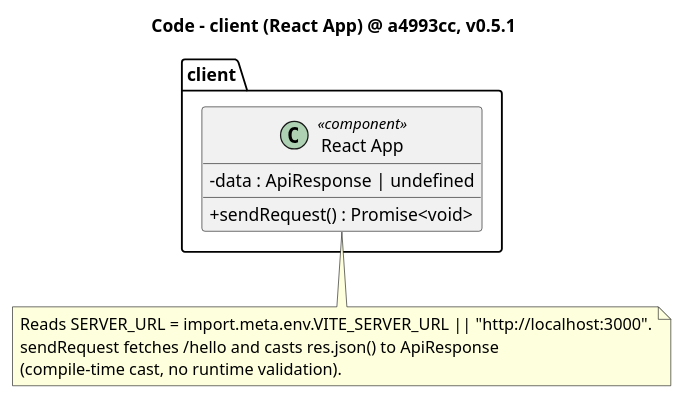
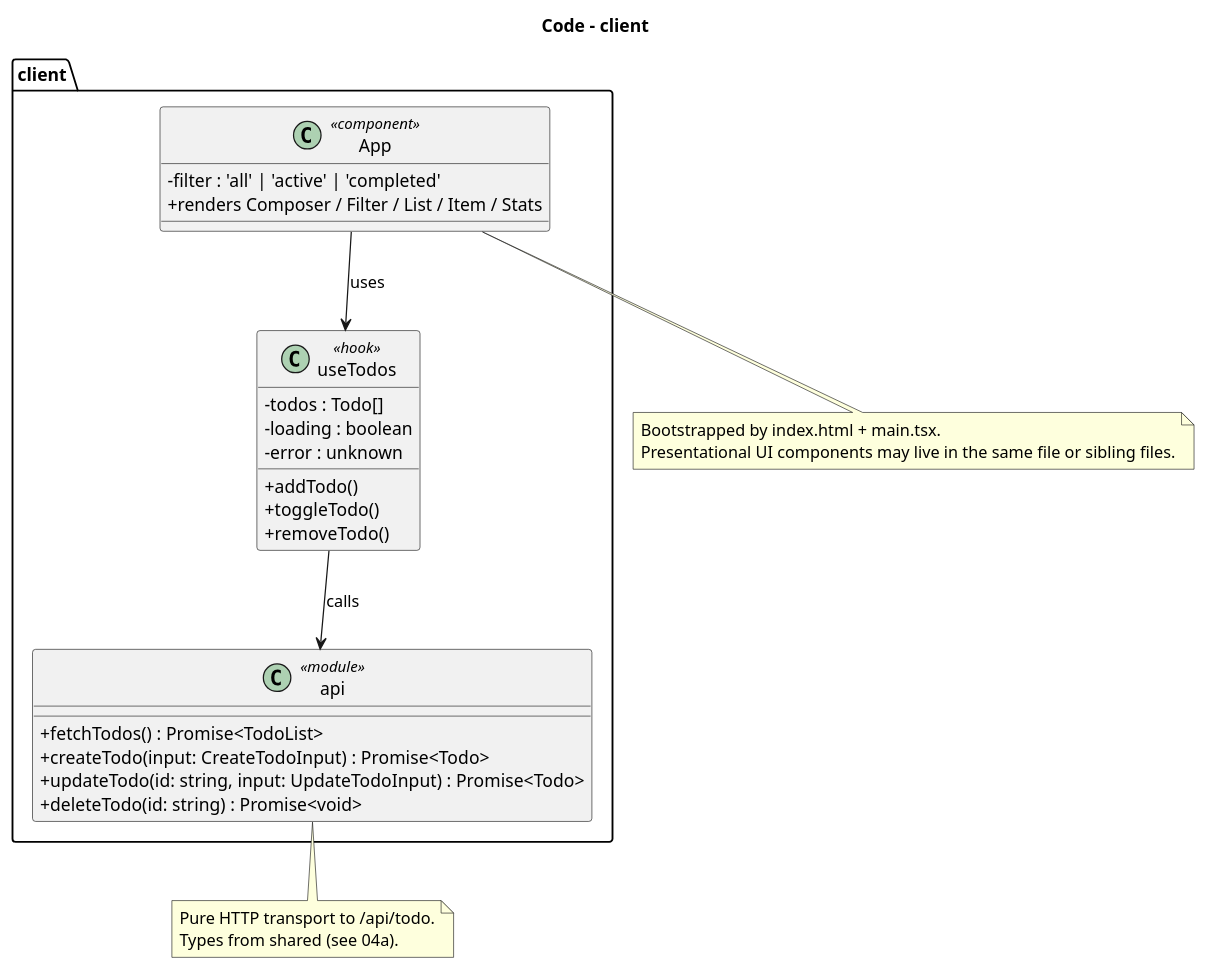
The diagram in docs/architecture/diagrams/04c-code-client.puml (MemoryIt/todo), drawn with PlantUML before and after one commit.

Commit message:
docs(diagrams): rewrite client code diagram for the todo app
Model the api module, the useTodos hook and the App component
with their dependency direction.

```diff
--- a/docs/architecture/diagrams/04c-code-client.puml
+++ b/docs/architecture/diagrams/04c-code-client.puml
@@ -1,19 +1,41 @@
 @startuml
-title Code - client (React App) @ a4993cc, v0.5.1
-
+title Code - client
 skinparam classAttributeIconSize 0
 
 package "client" {
-  class "React App" as reactApp <<component>> {
-    -data : ApiResponse | undefined
-    +sendRequest() : Promise<void>
+  class api <<module>> {
+    +fetchTodos() : Promise<TodoList>
+    +createTodo(input: CreateTodoInput) : Promise<Todo>
+    +updateTodo(id: string, input: UpdateTodoInput) : Promise<Todo>
+    +deleteTodo(id: string) : Promise<void>
+  }
+
+  class useTodos <<hook>> {
+    -todos : Todo[]
+    -loading : boolean
+    -error : unknown
+    +addTodo()
+    +toggleTodo()
+    +removeTodo()
+  }
+
+  class App <<component>> {
+    -filter : 'all' | 'active' | 'completed'
+    +renders Composer / Filter / List / Item / Stats
   }
 }
 
-note bottom of reactApp
-  Reads SERVER_URL = import.meta.env.VITE_SERVER_URL || "http://localhost:3000".
-  sendRequest fetches /hello and casts res.json() to ApiResponse
-  (compile-time cast, no runtime validation).
+useTodos --> api : calls
+App --> useTodos : uses
+
+note bottom of api
+  Pure HTTP transport to /api/todo.
+  Types from shared (see 04a).
+end note
+
+note bottom of App
+  Bootstrapped by index.html + main.tsx.
+  Presentational UI components may live in the same file or sibling files.
 end note
 
 @enduml
```
